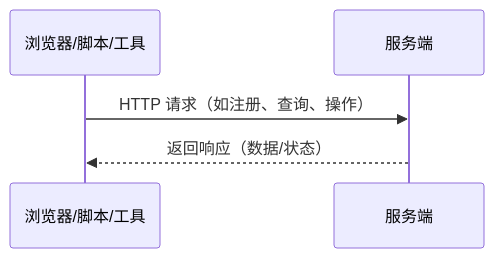
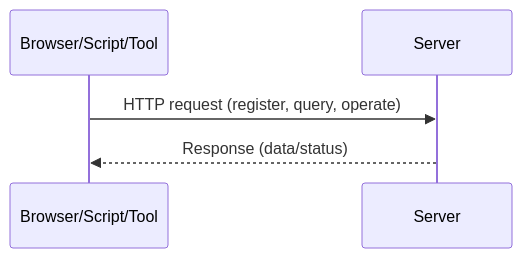
One commit to zhuCheer/orange-forge-connect changed the first of 4 diagrams in README.md. Above: the diagram before and after it, drawn with Mermaid. The commit also changed other lines of this file and 1 other file, not shown here.

````diff
--- a/README.md
+++ b/README.md
@@ -9,7 +9,7 @@
 ```mermaid
 sequenceDiagram
-    participant Client as 浏览器/脚本/工具
-    participant Server as 服务端
-    Client->>Server: HTTP 请求（如注册、查询、操作）
-    Server-->>Client: 返回响应（数据/状态）
+    participant Client as Browser/Script/Tool
+    participant Server as Server
+    Client->>Server: HTTP request (register, query, operate)
+    Server-->>Client: Response (data/status)
 ```
````
